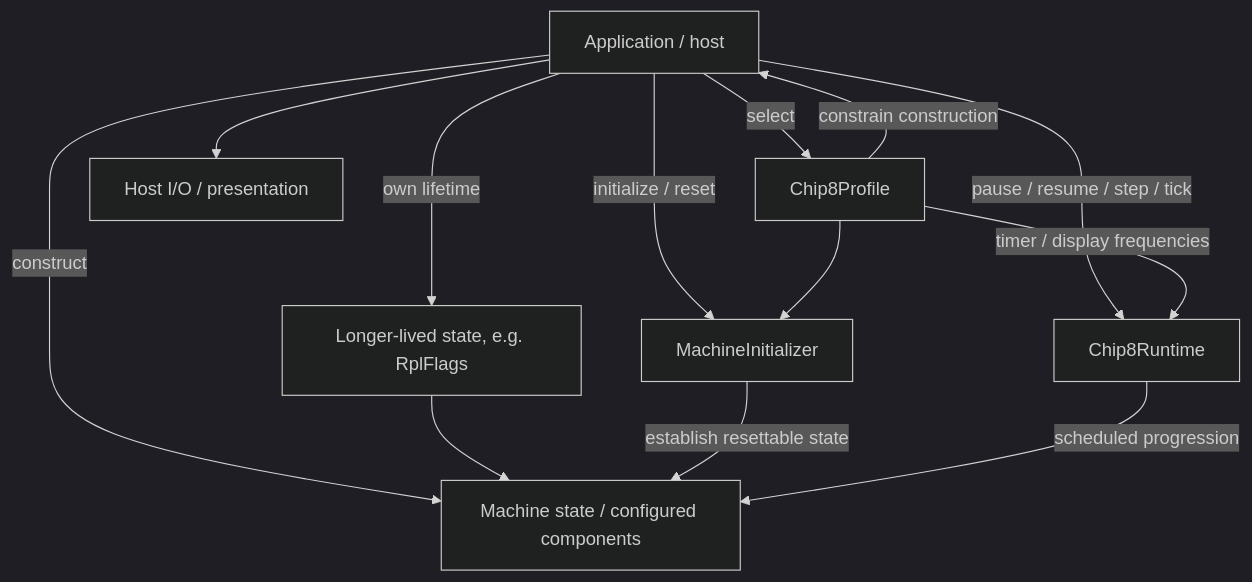
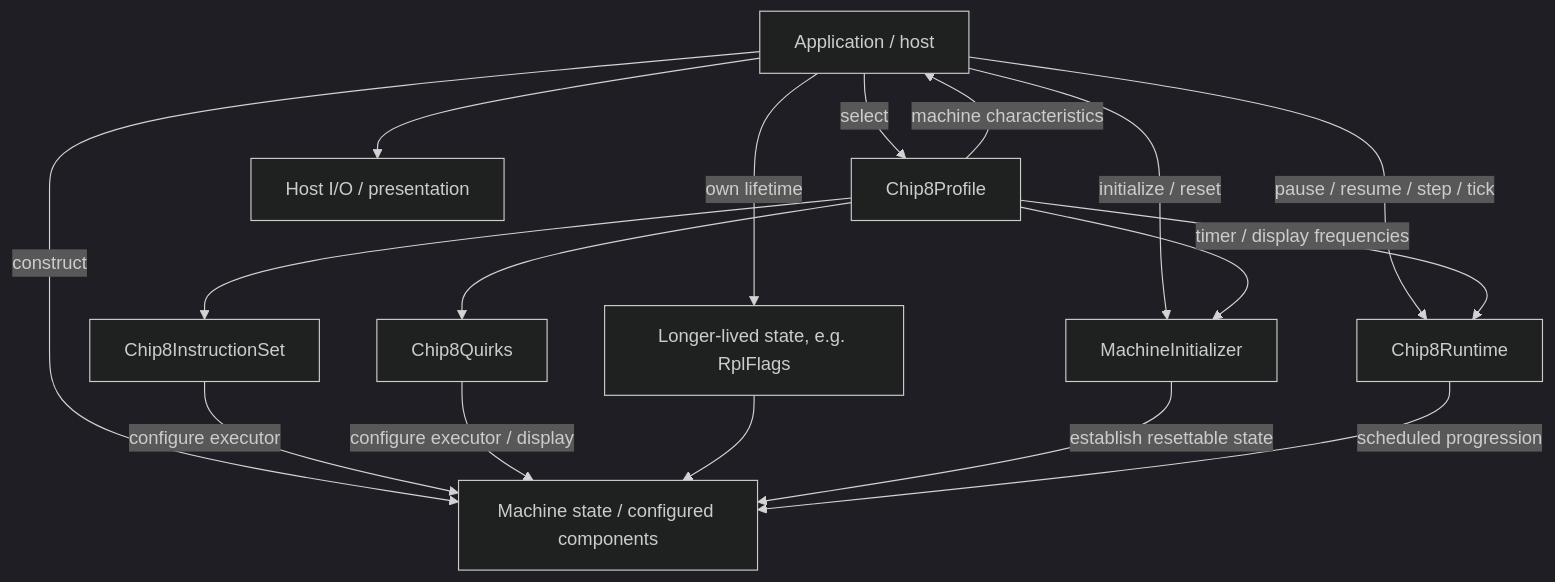
One commit to fa-ribeiro/Chip8NX changed the third of 3 diagrams in docs/architecture/machine-lifecycle.md. Above: the diagram before and after it, drawn with Mermaid (dark theme). The commit also changed other lines of this file and 22 other files, not shown here.

Commit message:
docs: reconcile architecture and editorial structure

````diff
--- a/docs/architecture/machine-lifecycle.md
+++ b/docs/architecture/machine-lifecycle.md
@@ -575,27 +540,34 @@
 ```mermaid
 flowchart TD
     Host["Application / host"]
     Profile["Chip8Profile"]
+    InstructionSet["Chip8InstructionSet"]
+    Quirks["Chip8Quirks"]
     Init["MachineInitializer"]
     Runtime["Chip8Runtime"]
     State["Machine state / configured components"]
     Persistent["Longer-lived state, e.g. RplFlags"]
     IO["Host I/O / presentation"]
 
     Host -->|"select"| Profile
-    Profile -->|"constrain construction"| Host
+    Profile -->|"machine characteristics"| Host
+    Profile --> InstructionSet
+    Profile --> Quirks
 
     Host -->|"construct"| State
+    InstructionSet -->|"configure executor"| State
+    Quirks -->|"configure executor / display"| State
+
     Host -->|"own lifetime"| Persistent
     Persistent --> State
 
     Host -->|"initialize / reset"| Init
     Profile --> Init
     Init -->|"establish resettable state"| State
 
     Host -->|"pause / resume / step / tick"| Runtime
     Profile -->|"timer / display frequencies"| Runtime
     Runtime -->|"scheduled progression"| State
 
     Host --> IO
 ```
````
